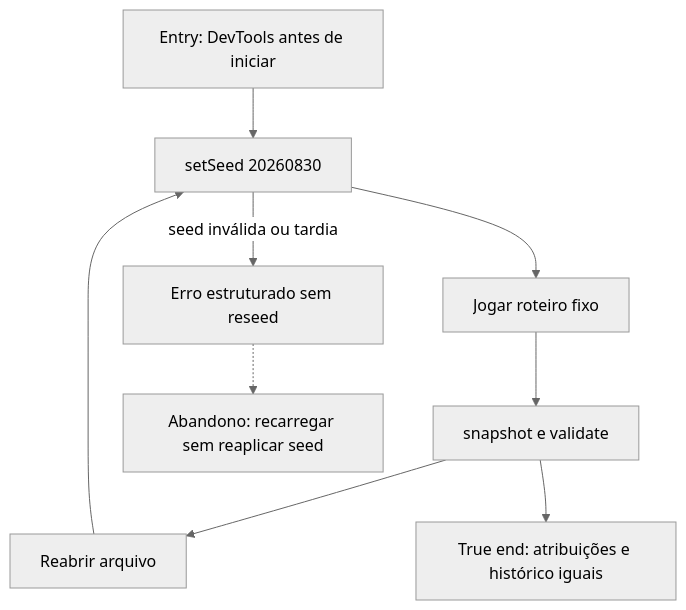
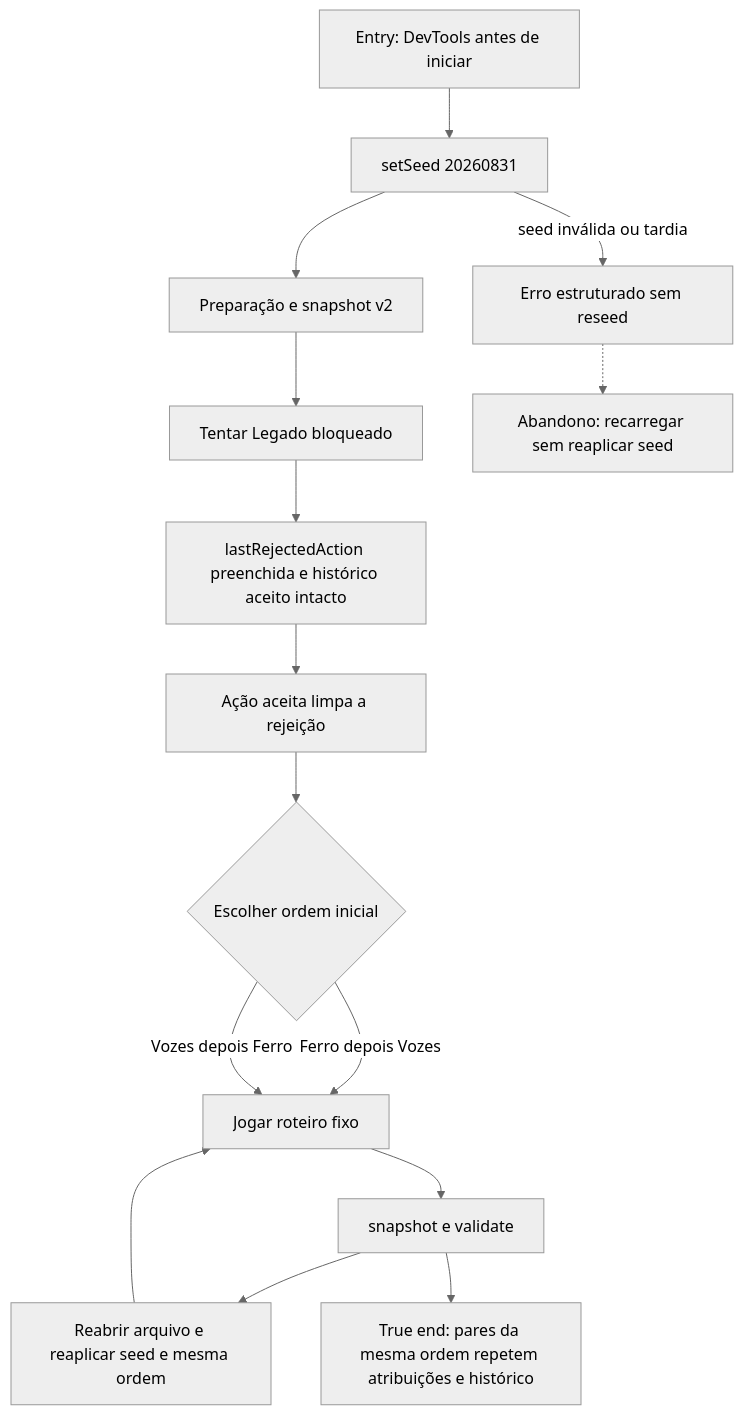
The diagram in docs/qa/journeys/J-reproduce-campaign.md (edneyreis999/gamejam-vn-terror), drawn with Mermaid (neutral theme) before and after one commit. The commit also changed other lines of this file and 12 other files, not shown here.

````diff
--- a/docs/qa/journeys/J-reproduce-campaign.md
+++ b/docs/qa/journeys/J-reproduce-campaign.md
@@ -3,11 +3,17 @@
 ```mermaid
 flowchart TD
-  A[Entry: DevTools antes de iniciar] --> B[setSeed 20260830]
-  B --> C[Jogar roteiro fixo]
-  C --> D[snapshot e validate]
-  D --> E[Reabrir arquivo]
-  E --> B
-  B -->|seed inválida ou tardia| F[Erro estruturado sem reseed]
-  F -.-> X[Abandono: recarregar sem reaplicar seed]
-  D --> G[True end: atribuições e histórico iguais]
+  A[Entry: DevTools antes de iniciar] --> B[setSeed 20260831]
+  B --> C[Preparação e snapshot v2]
+  C --> D[Tentar Legado bloqueado]
+  D --> E[lastRejectedAction preenchida e histórico aceito intacto]
+  E --> F[Ação aceita limpa a rejeição]
+  F --> G{Escolher ordem inicial}
+  G -->|Ferro depois Vozes| H[Jogar roteiro fixo]
+  G -->|Vozes depois Ferro| H
+  H --> I[snapshot e validate]
+  I --> J[Reabrir arquivo e reaplicar seed e mesma ordem]
+  J --> H
+  B -->|seed inválida ou tardia| K[Erro estruturado sem reseed]
+  K -.-> X[Abandono: recarregar sem reaplicar seed]
+  I --> L[True end: pares da mesma ordem repetem atribuições e histórico]
 ```
````
